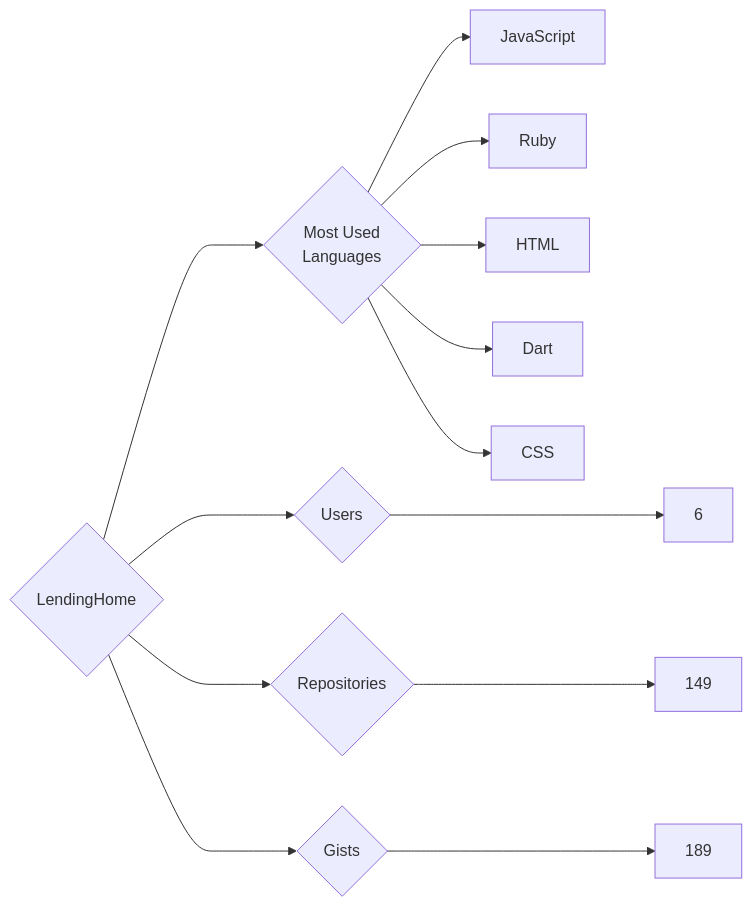
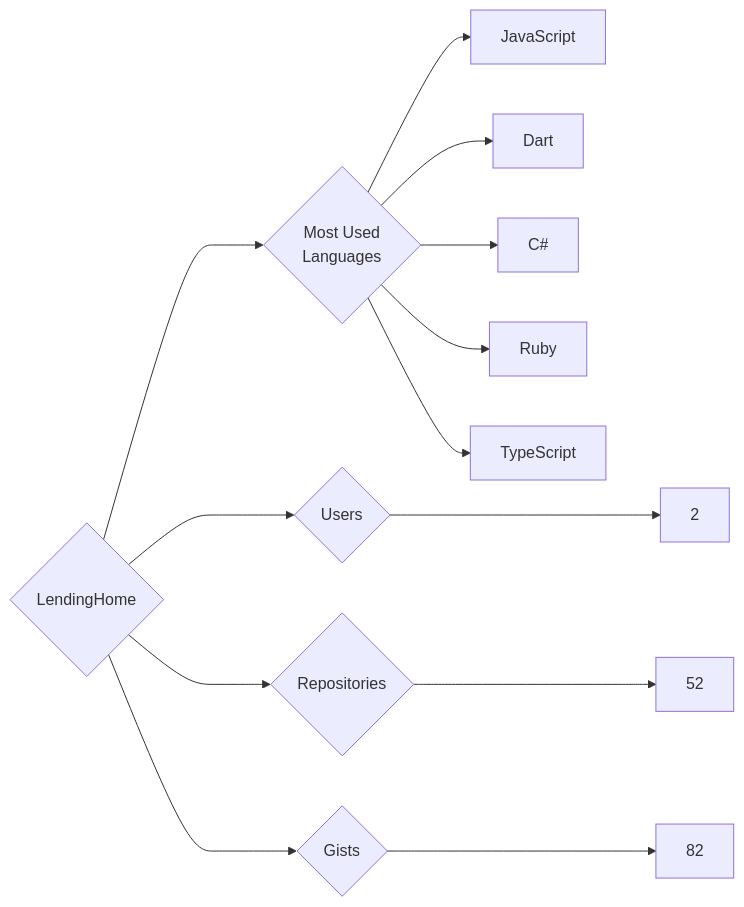
One commit to trickest/insiders changed the diagram in targets/LendingHome/README.md. Above: the diagram before and after it, drawn with Mermaid. The commit also changed 935 other files, not shown here.

````diff
--- a/targets/LendingHome/README.md
+++ b/targets/LendingHome/README.md
@@ -3,13 +3,13 @@
 ```mermaid
 graph LR
 COMPANY_NAME{LendingHome}
-COMPANY_NAME ---> U{Users} ---> UN[6]
-COMPANY_NAME ---> R{Repositories} ---> RN[149]
-COMPANY_NAME ---> G{Gists} ---> GN[189]
+COMPANY_NAME ---> U{Users} ---> UN[2]
+COMPANY_NAME ---> R{Repositories} ---> RN[52]
+COMPANY_NAME ---> G{Gists} ---> GN[82]
 COMPANY_NAME ---> ML{Most Used<br>Languages}
 ML --> JavaScript[JavaScript]
+ML --> Dart[Dart]
+ML --> C#[C#]
 ML --> Ruby[Ruby]
-ML --> HTML[HTML]
-ML --> Dart[Dart]
-ML --> CSS[CSS]
+ML --> TypeScript[TypeScript]
 ```
````
